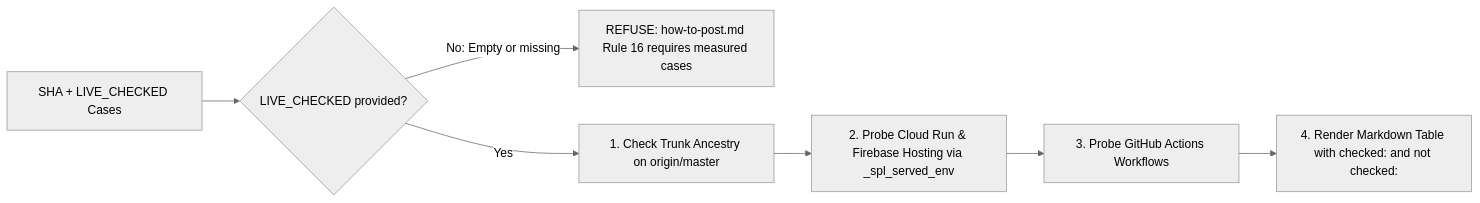
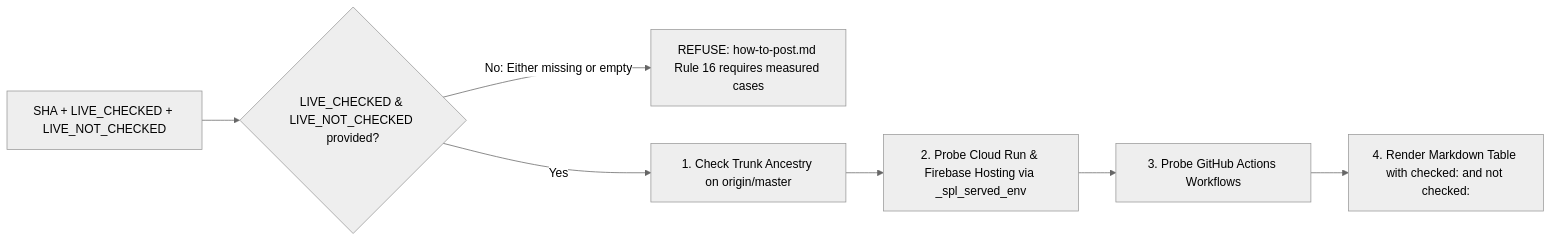
The fourth of 6 diagrams in csi-spl-doc/specs/157-dispatch-automation/spec.md (csitea/csi-spl), drawn with Mermaid (neutral theme) before and after one commit. The commit also changed other lines of this file, not shown here.

````diff
--- a/csi-spl-doc/specs/157-dispatch-automation/spec.md
+++ b/csi-spl-doc/specs/157-dispatch-automation/spec.md
@@ -322,9 +362,9 @@
 ```mermaid
 flowchart LR
-    Inputs[SHA + LIVE_CHECKED Cases] --> ValInput{LIVE_CHECKED provided?}
-    ValInput -->|No: Empty or missing| RefuseCases[REFUSE: how-to-post.md Rule 16 requires measured cases]
+    Inputs[SHA + LIVE_CHECKED + LIVE_NOT_CHECKED] --> ValInput{LIVE_CHECKED & LIVE_NOT_CHECKED provided?}
+    ValInput -->|No: Either missing or empty| RefuseCases[REFUSE: how-to-post.md Rule 16 requires measured cases]
     ValInput -->|Yes| GitCheck[1. Check Trunk Ancestry on origin/master]
     GitCheck --> DeployProbe[2. Probe Cloud Run & Firebase Hosting via _spl_served_env]
     DeployProbe --> CIProbe[3. Probe GitHub Actions Workflows]
     CIProbe --> FormatTable[4. Render Markdown Table with checked: and not checked:]
 ```
````
